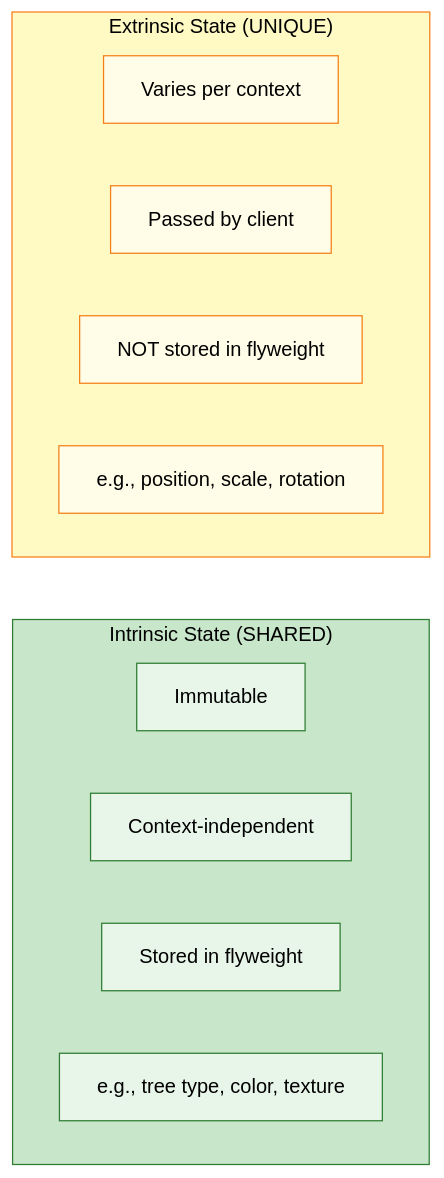
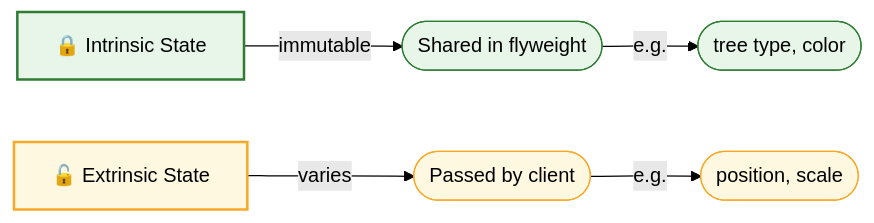
Before and after one commit to saivamsikaruturi/vamsilabs-dev-notes-main: the fourth of 4 diagrams in docs/designpatterns/structuralDesignPatterns/flyweightdesignpattern.md, drawn with Mermaid (forest theme). The commit also changed other lines of this file and 42 other files, not shown here.

````diff
--- a/docs/designpatterns/structuralDesignPatterns/flyweightdesignpattern.md
+++ b/docs/designpatterns/structuralDesignPatterns/flyweightdesignpattern.md
@@ -106,29 +80,14 @@
 ```mermaid
 flowchart LR
-    subgraph Intrinsic["Intrinsic State (SHARED)"]
-        direction LR
-        I1["Immutable"]
-        I2["Context-independent"]
-        I3["Stored in flyweight"]
-        I4["e.g., tree type, color, texture"]
-    end
+    Int["🔒 Intrinsic State"] -->|"immutable"| Shared(["Shared in flyweight"])
+    Shared -->|"e.g."| Ex1(["tree type, color"])
+    Ext["🔓 Extrinsic State"] -->|"varies"| Unique(["Passed by client"])
+    Unique -->|"e.g."| Ex2(["position, scale"])
 
-    subgraph Extrinsic["Extrinsic State (UNIQUE)"]
-        direction LR
-        E1["Varies per context"]
-        E2["Passed by client"]
-        E3["NOT stored in flyweight"]
-        E4["e.g., position, scale, rotation"]
-    end
-
-    style Intrinsic fill:#c8e6c9,stroke:#2e7d32,color:#000
-    style Extrinsic fill:#fff9c4,stroke:#f57f17,color:#000
-    style I1 fill:#e8f5e9,stroke:#2e7d32,color:#000
-    style I2 fill:#e8f5e9,stroke:#2e7d32,color:#000
-    style I3 fill:#e8f5e9,stroke:#2e7d32,color:#000
-    style I4 fill:#e8f5e9,stroke:#2e7d32,color:#000
-    style E1 fill:#fffde7,stroke:#f57f17,color:#000
-    style E2 fill:#fffde7,stroke:#f57f17,color:#000
-    style E3 fill:#fffde7,stroke:#f57f17,color:#000
-    style E4 fill:#fffde7,stroke:#f57f17,color:#000
+    style Int fill:#E8F5E9,stroke:#2E7D32,stroke-width:2px,color:#000
+    style Shared fill:#E8F5E9,stroke:#2E7D32,color:#000
+    style Ex1 fill:#E8F5E9,stroke:#2E7D32,color:#000
+    style Ext fill:#FFF8E1,stroke:#F9A825,stroke-width:2px,color:#000
+    style Unique fill:#FFF8E1,stroke:#F9A825,color:#000
+    style Ex2 fill:#FFF8E1,stroke:#F9A825,color:#000
 ```
````
